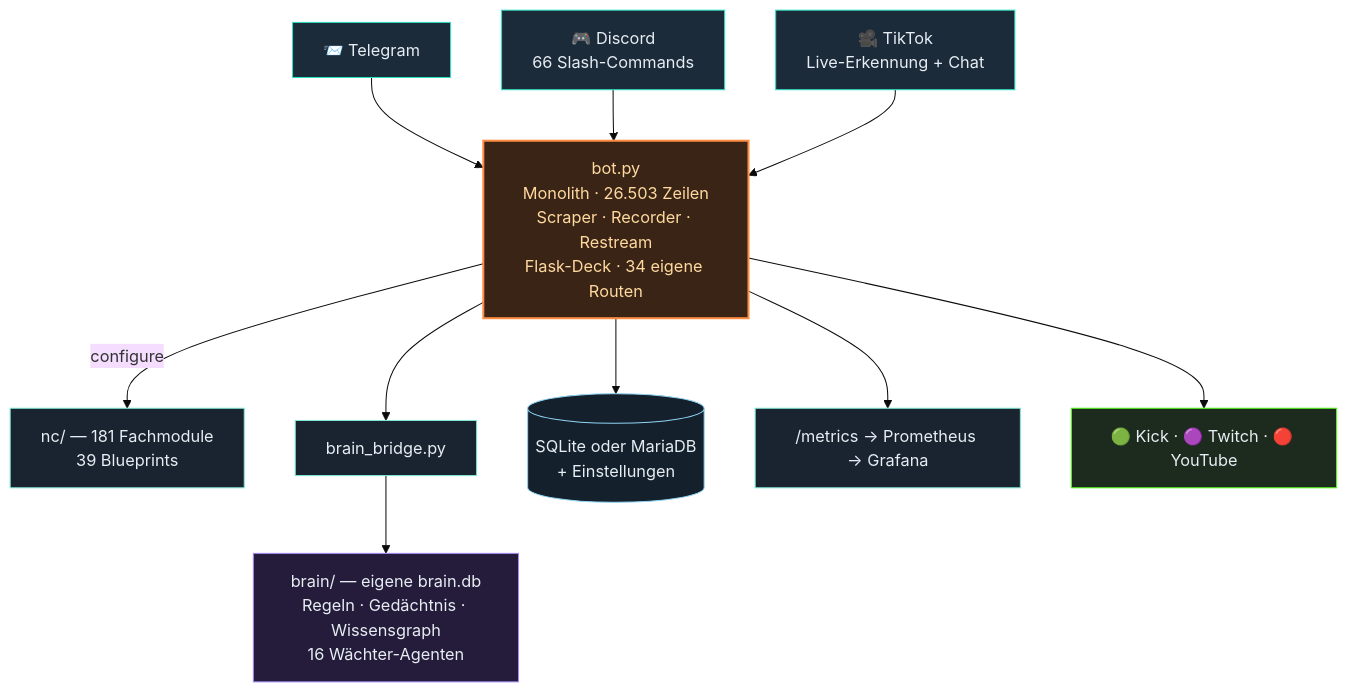
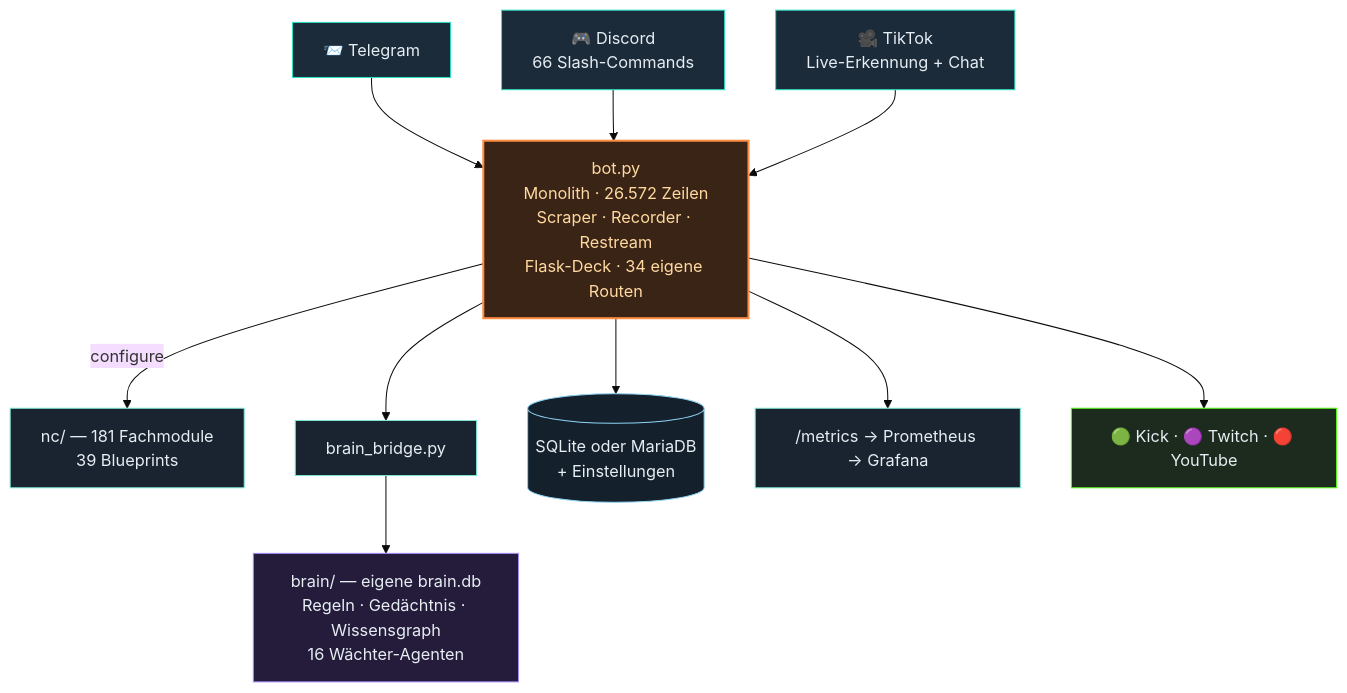
One commit to itsamemedev/Telegram-Stream-Info-Bot changed the second of 3 diagrams in README.md. Above: the diagram before and after it, drawn with Mermaid (base theme). The commit also changed other lines of this file and 14 other files, not shown here.

````diff
--- a/README.md
+++ b/README.md
@@ -118,19 +118,19 @@
 ```mermaid
 flowchart TB
     TG["📨 Telegram"]:::ein --> BOT
     DC["🎮 Discord<br/>66 Slash-Commands"]:::ein --> BOT
     TT["🎥 TikTok<br/>Live-Erkennung + Chat"]:::ein --> BOT
-    BOT["bot.py<br/>Monolith · 26.503 Zeilen<br/>Scraper · Recorder · Restream<br/>Flask-Deck · 34 eigene Routen"]:::core
+    BOT["bot.py<br/>Monolith · 26.572 Zeilen<br/>Scraper · Recorder · Restream<br/>Flask-Deck · 34 eigene Routen"]:::core
     BOT -->|configure| NC["nc/ — 181 Fachmodule<br/>39 Blueprints"]:::lib
     BOT --> BR["brain_bridge.py"]:::lib
     BR --> BRAIN["brain/ — eigene brain.db<br/>Regeln · Gedächtnis · Wissensgraph<br/>16 Wächter-Agenten"]:::brain
     BOT --> DB[("SQLite oder MariaDB<br/>+ Einstellungen")]:::db
     BOT --> PROM["/metrics → Prometheus → Grafana"]:::lib
     BOT --> OUT["🟢 Kick · 🟣 Twitch · 🔴 YouTube"]:::out
     classDef ein fill:#1c2b3a,stroke:#2de1c2,color:#e6edf3
     classDef core fill:#3a2415,stroke:#ff8c42,stroke-width:2px,color:#ffd9a0
     classDef lib fill:#1a2430,stroke:#7fe7d4,color:#e6edf3
     classDef brain fill:#241c3a,stroke:#a78bfa,color:#e6edf3
     classDef db fill:#14202c,stroke:#8fd3f4,color:#e6edf3
     classDef out fill:#1c2b1e,stroke:#53fc18,color:#e6edf3
 ```
````
